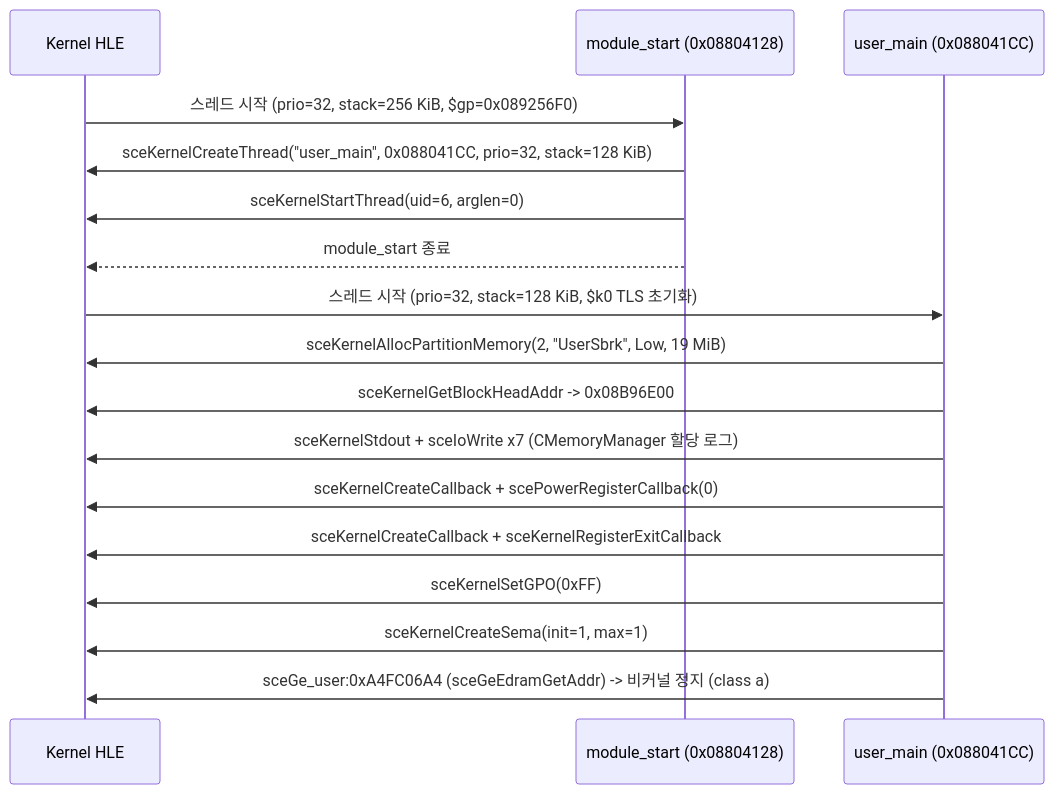
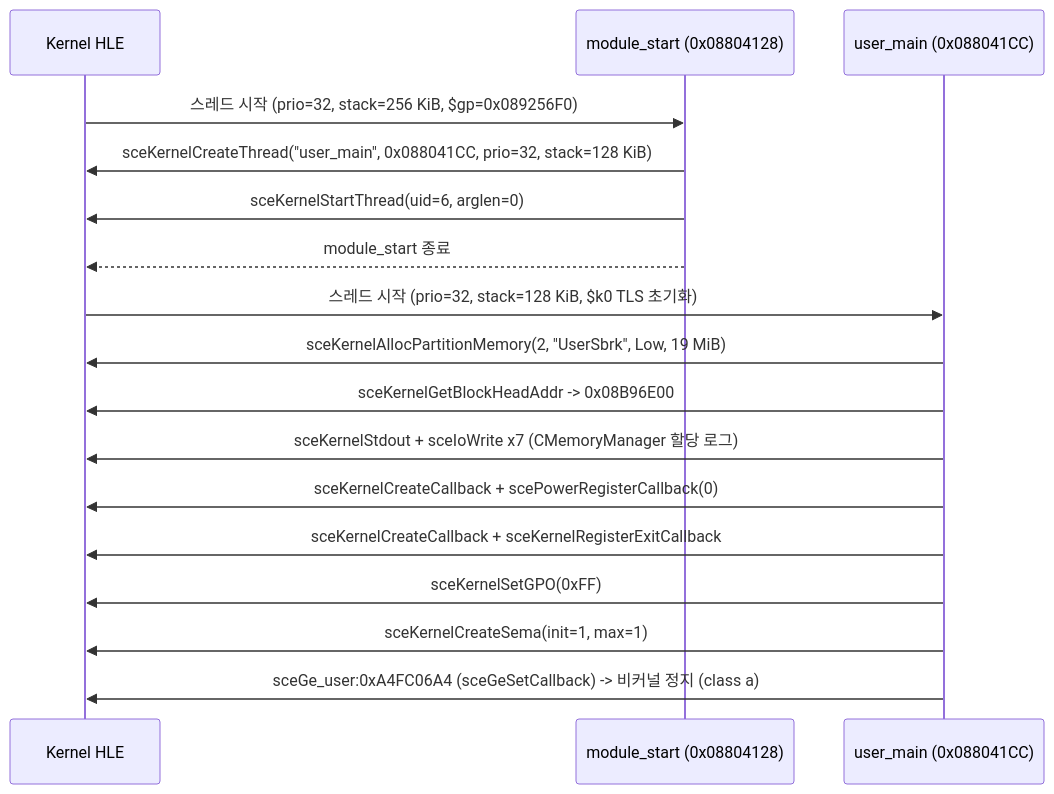
The diagram in docs/analysis/boot.md (reexec/reDMP1), drawn with Mermaid before and after one commit. The commit also changed other lines of this file and 1 other file, not shown here.

First line of the commit message:
Boot analysis: the first GE call is sceGeSetCallback (SHA-1 confirmed), not sceGeEdramGetAddr (#5)

````diff
--- a/docs/analysis/boot.md
+++ b/docs/analysis/boot.md
@@ -9,20 +9,20 @@
 ```mermaid
 sequenceDiagram
     participant K as Kernel HLE
     participant MS as module_start (0x08804128)
     participant UM as user_main (0x088041CC)
 
     K->>MS: 스레드 시작 (prio=32, stack=256 KiB, $gp=0x089256F0)
     MS->>K: sceKernelCreateThread("user_main", 0x088041CC, prio=32, stack=128 KiB)
     MS->>K: sceKernelStartThread(uid=6, arglen=0)
     MS-->>K: module_start 종료
     K->>UM: 스레드 시작 (prio=32, stack=128 KiB, $k0 TLS 초기화)
     UM->>K: sceKernelAllocPartitionMemory(2, "UserSbrk", Low, 19 MiB)
     UM->>K: sceKernelGetBlockHeadAddr -> 0x08B96E00
     UM->>K: sceKernelStdout + sceIoWrite x7 (CMemoryManager 할당 로그)
     UM->>K: sceKernelCreateCallback + scePowerRegisterCallback(0)
     UM->>K: sceKernelCreateCallback + sceKernelRegisterExitCallback
     UM->>K: sceKernelSetGPO(0xFF)
     UM->>K: sceKernelCreateSema(init=1, max=1)
-    UM->>K: sceGe_user:0xA4FC06A4 (sceGeEdramGetAddr) -> 비커널 정지 (class a)
+    UM->>K: sceGe_user:0xA4FC06A4 (sceGeSetCallback) -> 비커널 정지 (class a)
 ```
````
